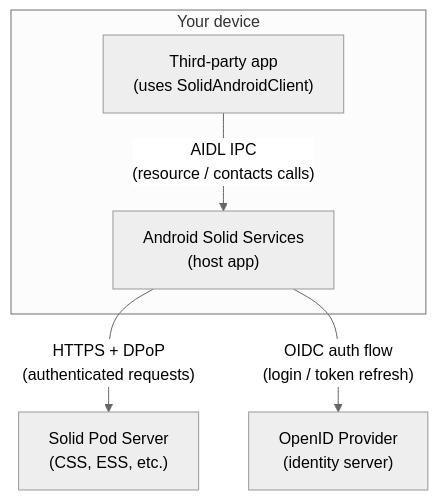
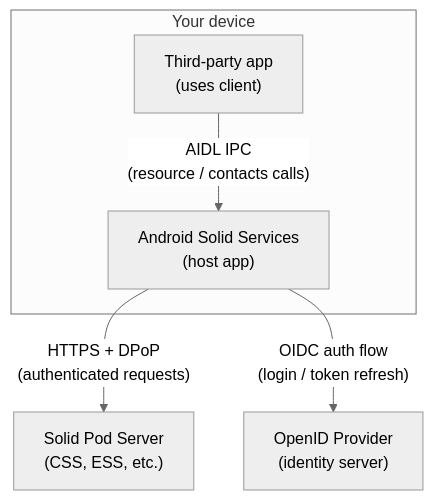
Before and after one commit to pondersource/Android-Solid-Services: the first of 6 diagrams in docs/concepts.md, drawn with Mermaid (neutral theme). The commit also changed other lines of this file and 7 other files, not shown here.

````diff
--- a/docs/concepts.md
+++ b/docs/concepts.md
@@ -9,13 +9,13 @@
 ```mermaid
 graph TD
     subgraph "Your device"
-        A["Third-party app<br/>(uses SolidAndroidClient)"]
+        A["Third-party app<br/>(uses client)"]
         B["Android Solid Services<br/>(host app)"]
     end
     C["Solid Pod Server<br/>(CSS, ESS, etc.)"]
     D["OpenID Provider<br/>(identity server)"]
 
     A -- "AIDL IPC\n(resource / contacts calls)" --> B
     B -- "HTTPS + DPoP\n(authenticated requests)" --> C
     B -- "OIDC auth flow\n(login / token refresh)" --> D
 ```
````
